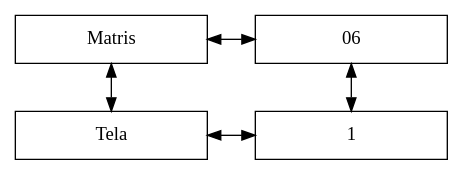
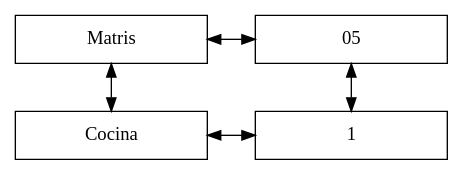
The diagram in Servidor/1997_11.dot (Macario12/EDD_VirtualMall_201905837), drawn with Graphviz before and after one commit. The commit also changed 40 other files, not shown here.

```diff
--- a/Servidor/1997_11.dot
+++ b/Servidor/1997_11.dot
@@ -1,15 +1,15 @@
 digraph { 
 rankdir = TB; 
 node [shape=rectangle, height=0.5, width=2] 
 graph[ nodesep = 0.5] 
 Matris[label="Matris"] 
-nodo06 [label="06"] 
-nodoTela [label="Tela"] 
-Matris -> nodo06 [dir=both] 
-Matris -> nodoTela [dir=both] 
+nodo05 [label="05"] 
+nodoCocina [label="Cocina"] 
+Matris -> nodo05 [dir=both] 
+Matris -> nodoCocina [dir=both] 
 nodo0y0[label="1"] 
-nodo06 -> nodo0y0[dir=both] 
-nodoTela -> nodo0y0[constraint=false, dir=both] 
-{ rank=same; Matris; nodo06} 
-{ rank=same;nodoTela;nodo0y0} 
+nodo05 -> nodo0y0[dir=both] 
+nodoCocina -> nodo0y0[constraint=false, dir=both] 
+{ rank=same; Matris; nodo05} 
+{ rank=same;nodoCocina;nodo0y0} 
 }
```
